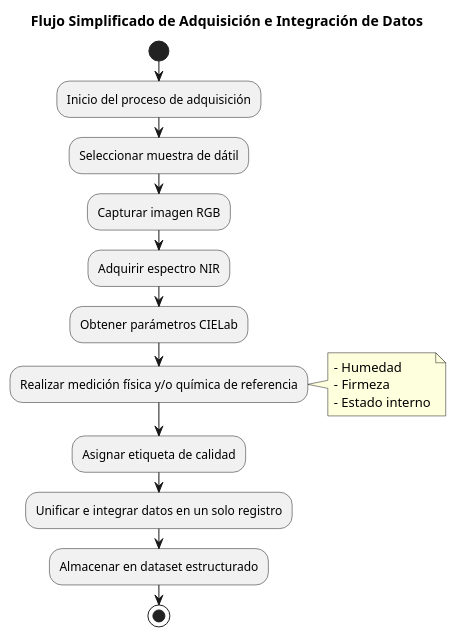
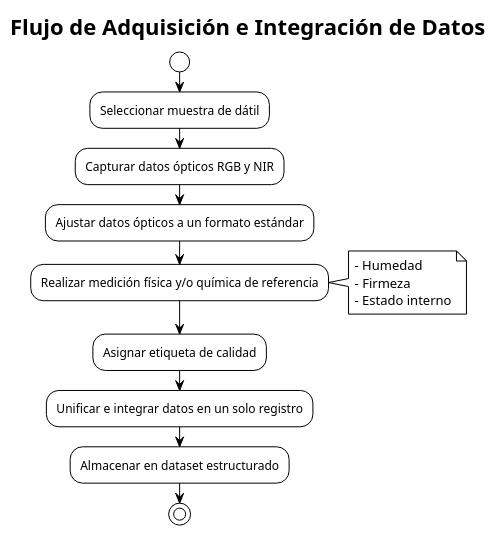
Before and after one commit to gallegosj89/phdProtocol: the diagram in Figures/adquisicion.puml, drawn with PlantUML. The commit also changed 12 other files, not shown here.

```diff
--- a/Figures/adquisicion.puml
+++ b/Figures/adquisicion.puml
@@ -1,25 +1,28 @@
 @startuml
-title Flujo Simplificado de Adquisición e Integración de Datos
+title Flujo de Adquisición e Integración de Datos
+
+!theme mono
+
+'left to right direction
 
 start
-:Inicio del proceso de adquisición;
 :Seleccionar muestra de dátil;
 
-:Capturar imagen RGB;
-:Adquirir espectro NIR;
-:Obtener parámetros CIELab;
+:Capturar datos ópticos RGB y NIR;
+
+:Ajustar datos ópticos a un formato estándar;
 
 :Realizar medición física y/o química de referencia;
 note right
   - Humedad
   - Firmeza
   - Estado interno
 end note
 
 :Asignar etiqueta de calidad;
 
 :Unificar e integrar datos en un solo registro;
 :Almacenar en dataset estructurado;
 
 stop
 @enduml
```
